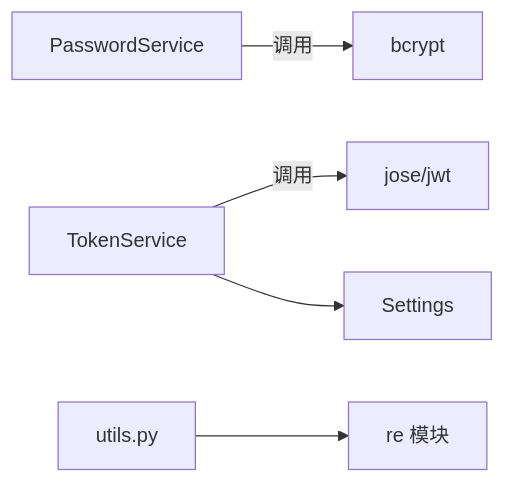
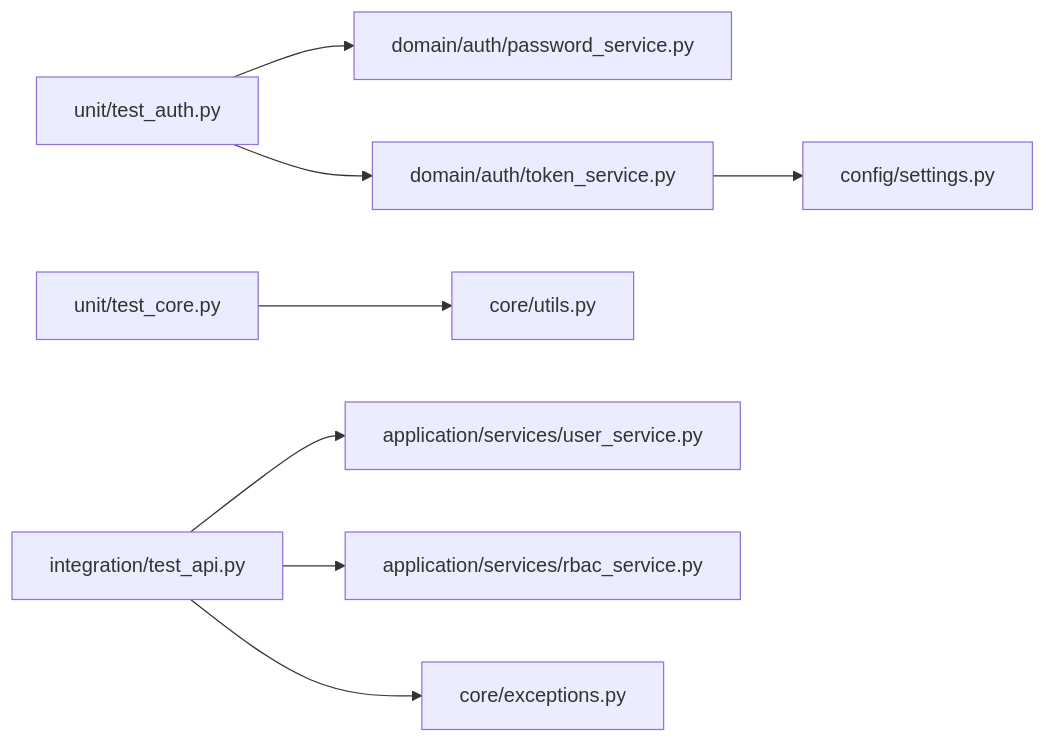
One commit to taoweidong/Hello-FastApi changed the seventh of 7 diagrams in .qoder/repowiki/zh/content/测试策略/单元测试.md. Above: the diagram before and after it, drawn with Mermaid. The commit also changed other lines of this file and 119 other files, not shown here.

````diff
--- a/.qoder/repowiki/zh/content/测试策略/单元测试.md
+++ b/.qoder/repowiki/zh/content/测试策略/单元测试.md
@@ -211,7 +366,10 @@
 ```mermaid
 graph LR
-PS["PasswordService"] --> |调用| B["bcrypt"]
-TS["TokenService"] --> |调用| J["jose/jwt"]
-TS --> CFG["Settings"]
-UT["utils.py"] --> RE["re 模块"]
+UT["unit/test_auth.py"] --> PS["domain/auth/password_service.py"]
+UT --> TS["domain/auth/token_service.py"]
+UC["unit/test_core.py"] --> CU["core/utils.py"]
+IT["integration/test_api.py"] --> US["application/services/user_service.py"]
+IT --> RS["application/services/rbac_service.py"]
+IT --> EX["core/exceptions.py"]
+TS --> ST["config/settings.py"]
 ```
````
